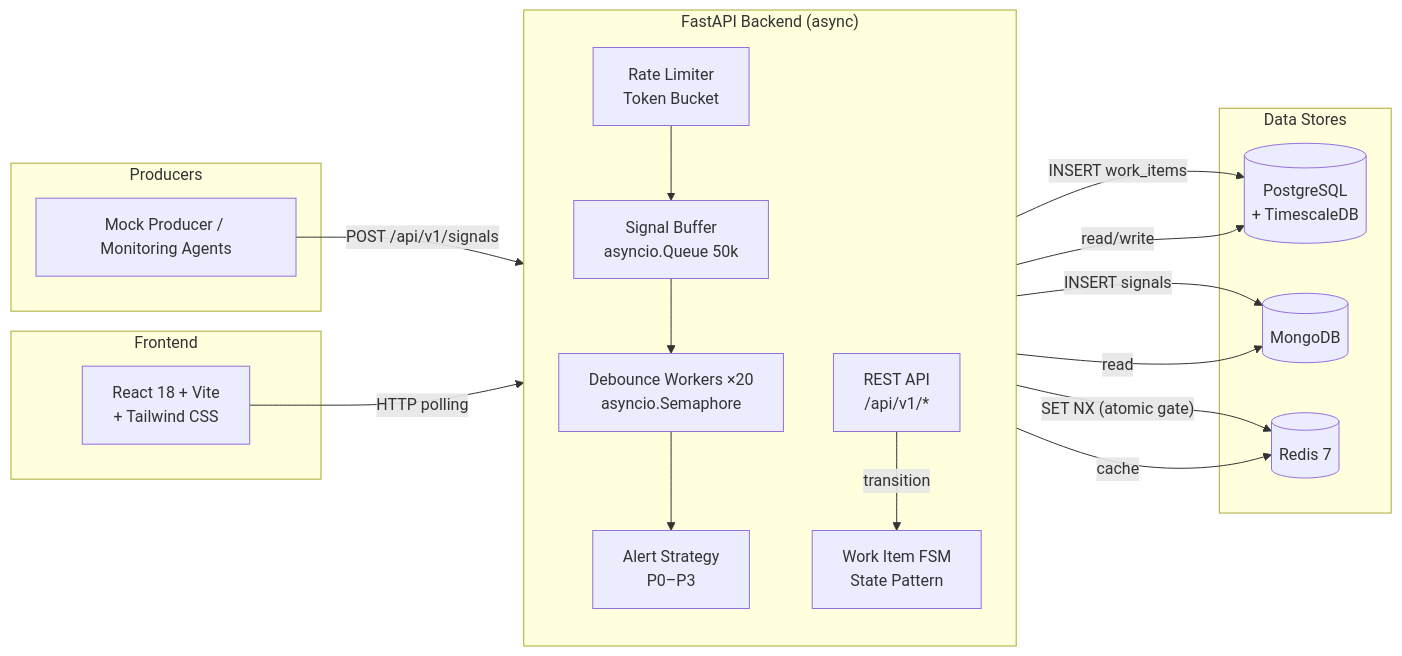
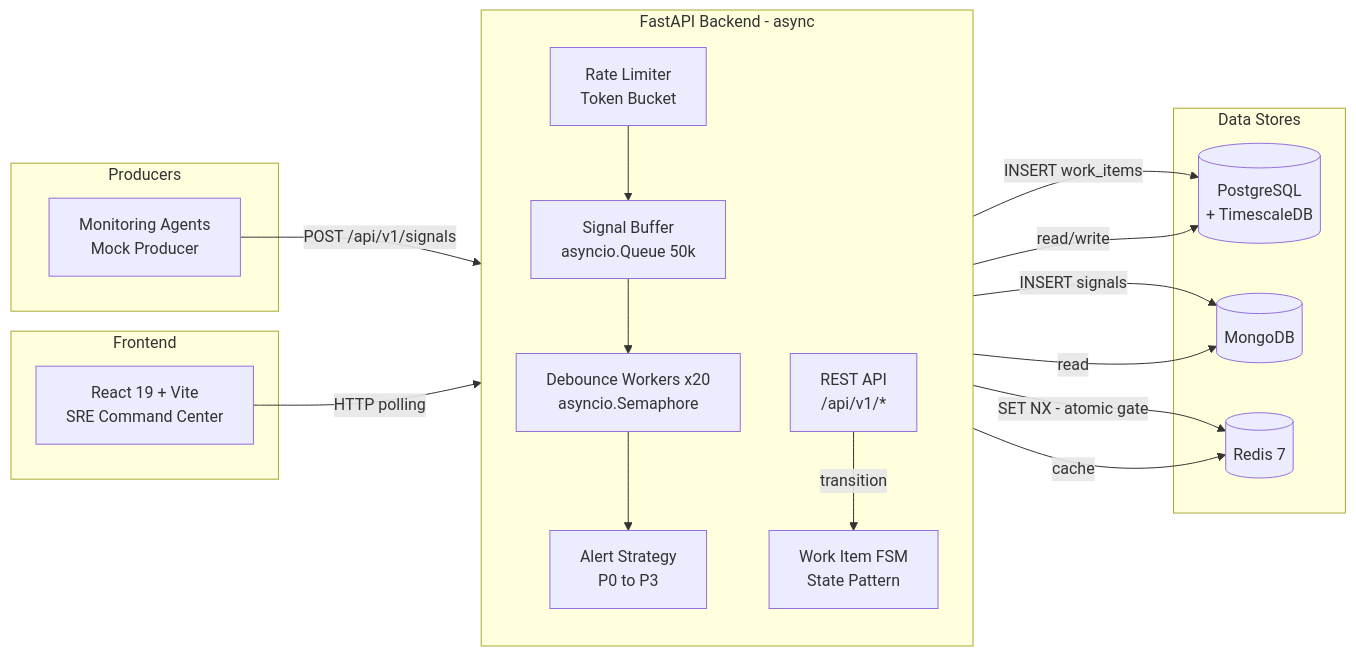
One commit to ankurkharb/Incident-Management-System changed the first of 11 diagrams in README.md. Above: the diagram before and after it, drawn with Mermaid. The commit also changed other lines of this file and 23 other files, not shown here.

````diff
--- a/README.md
+++ b/README.md
@@ -9,41 +28,41 @@
 ```mermaid
 flowchart LR
     subgraph Producers
-        MP[Mock Producer / Monitoring Agents]
+        MP[Monitoring Agents<br/>Mock Producer]
     end
 
-    subgraph Backend ["FastAPI Backend (async)"]
+    subgraph Backend ["FastAPI Backend - async"]
         direction TB
         RL[Rate Limiter<br/>Token Bucket]
         BUF[Signal Buffer<br/>asyncio.Queue 50k]
-        DW[Debounce Workers ×20<br/>asyncio.Semaphore]
-        AS[Alert Strategy<br/>P0–P3]
+        DW[Debounce Workers x20<br/>asyncio.Semaphore]
+        AS[Alert Strategy<br/>P0 to P3]
         FSM[Work Item FSM<br/>State Pattern]
         API[REST API<br/>/api/v1/*]
     end
 
     subgraph Data Stores
         PG[(PostgreSQL<br/>+ TimescaleDB)]
         MG[(MongoDB)]
         RD[(Redis 7)]
     end
 
     subgraph Frontend
-        FE[React 18 + Vite<br/>+ Tailwind CSS]
+        FE[React 19 + Vite<br/>SRE Command Center]
     end
 
     MP -- "POST /api/v1/signals" --> RL
     RL --> BUF
     BUF --> DW
-    DW -- "SET NX (atomic gate)" --> RD
+    DW -- "SET NX - atomic gate" --> RD
     DW -- "INSERT work_items" --> PG
     DW -- "INSERT signals" --> MG
     DW --> AS
 
     API -- "read/write" --> PG
     API -- "read" --> MG
     API -- "cache" --> RD
     API -- "transition" --> FSM
 
     FE -- "HTTP polling" --> API
 ```
````
